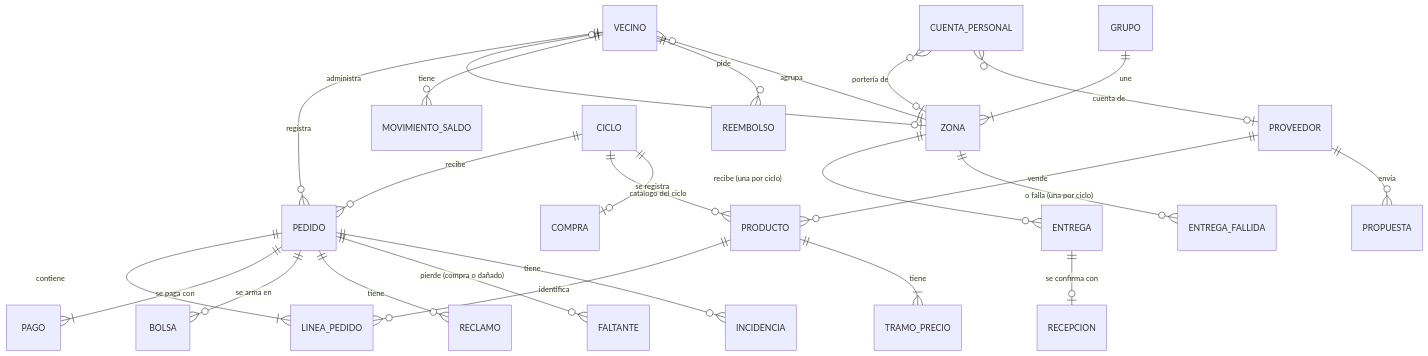
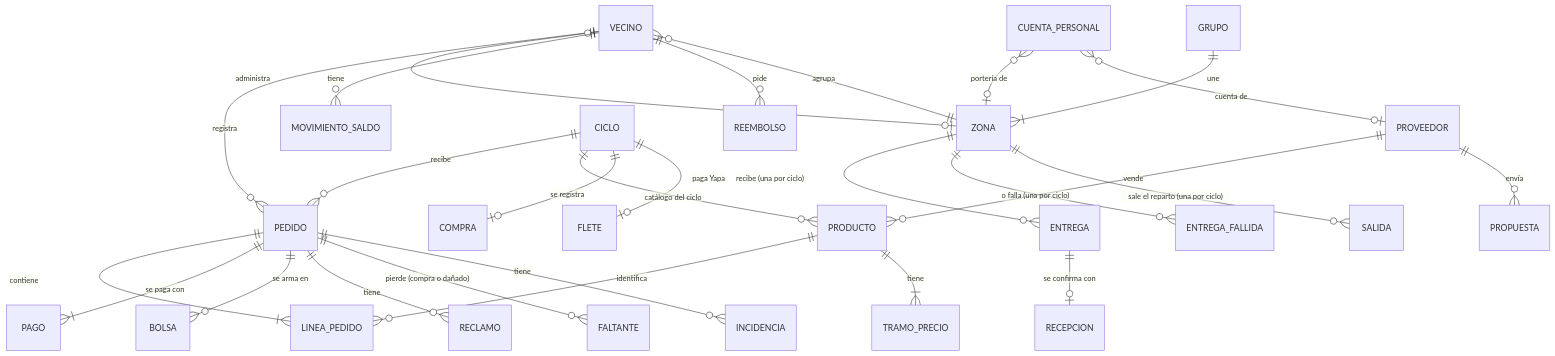
Before and after one commit to kaloslazo/Yapa: the second of 3 diagrams in docs/modelo-datos-arquitectura.md, drawn with Mermaid. The commit also changed other lines of this file and 13 other files, not shown here.

Commit message:
docs: iteración 58, trazabilidad, registro, roadmap, decisión del escenario de costos, CUS, modelo de datos, variables del Plin y evidencia en verde (671 pruebas del motor y 119 del frontend)

````diff
--- a/docs/modelo-datos-arquitectura.md
+++ b/docs/modelo-datos-arquitectura.md
@@ -41,27 +41,29 @@
 ```mermaid
 erDiagram
     VECINO ||--o{ PEDIDO : registra
     ZONA ||--o{ VECINO : agrupa
     VECINO |o--o| ZONA : administra
     GRUPO ||--|{ ZONA : une
     PEDIDO ||--|{ LINEA_PEDIDO : contiene
     PEDIDO ||--|{ PAGO : "se paga con"
     PRODUCTO ||--o{ LINEA_PEDIDO : identifica
     PRODUCTO ||--|{ TRAMO_PRECIO : tiene
     PROVEEDOR ||--o{ PRODUCTO : vende
     CICLO ||--o{ PEDIDO : recibe
     CICLO ||--o{ PRODUCTO : "catálogo del ciclo"
     PEDIDO ||--o{ BOLSA : "se arma en"
     ZONA ||--o{ ENTREGA : "recibe (una por ciclo)"
     ZONA ||--o{ ENTREGA_FALLIDA : "o falla (una por ciclo)"
     ENTREGA ||--o| RECEPCION : "se confirma con"
     PEDIDO ||--o{ RECLAMO : tiene
     VECINO ||--o{ MOVIMIENTO_SALDO : tiene
     VECINO ||--o{ REEMBOLSO : pide
     PROVEEDOR ||--o{ PROPUESTA : envía
     CUENTA_PERSONAL }o--o| ZONA : "portería de"
     CICLO ||--o| COMPRA : "se registra"
     PEDIDO ||--o{ FALTANTE : "pierde (compra o dañado)"
     PEDIDO ||--o{ INCIDENCIA : tiene
+    CICLO ||--o| FLETE : "paga Yapa"
+    ZONA ||--o{ SALIDA : "sale el reparto (una por ciclo)"
     CUENTA_PERSONAL }o--o| PROVEEDOR : "cuenta de"
 ```
````
